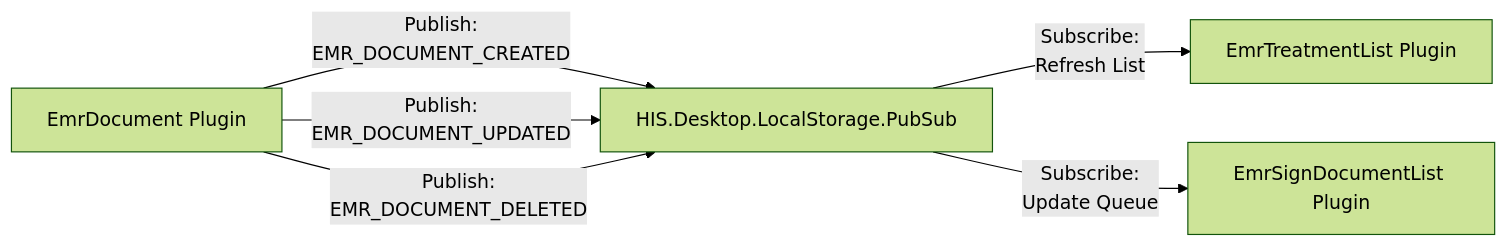
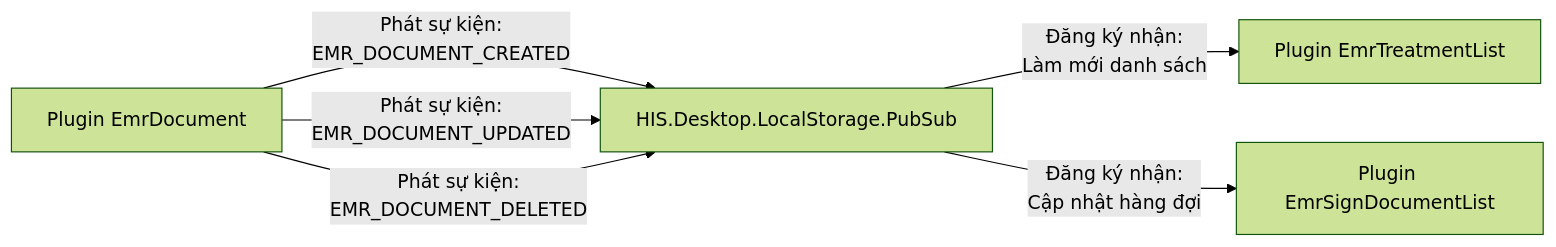
Before and after one commit to thangpnb/HIS: diagram 15 of 16 in docs/his-ba-documentation/03-business-domains/administration/access-control.md, drawn with Mermaid (forest theme). The commit also changed other lines of this file and 30 other files, not shown here.

Commit message:
Refactor architecture docs and update translations

````diff
--- a/docs/his-ba-documentation/03-business-domains/administration/access-control.md
+++ b/docs/his-ba-documentation/03-business-domains/administration/access-control.md
@@ -929,15 +926,15 @@
 ```mermaid
 graph LR
-    EmrDocument["EmrDocument Plugin"]
-    EmrTreatmentList["EmrTreatmentList Plugin"]
-    EmrSignDocList["EmrSignDocumentList Plugin"]
+    EmrDocument["Plugin EmrDocument"]
+    EmrTreatmentList["Plugin EmrTreatmentList"]
+    EmrSignDocList["Plugin EmrSignDocumentList"]
     
     PubSub["HIS.Desktop.LocalStorage.PubSub"]
     
-    EmrDocument -->|"Publish:<br/>EMR_DOCUMENT_CREATED"| PubSub
-    EmrDocument -->|"Publish:<br/>EMR_DOCUMENT_UPDATED"| PubSub
-    EmrDocument -->|"Publish:<br/>EMR_DOCUMENT_DELETED"| PubSub
+    EmrDocument -->|"Phát sự kiện:<br/>EMR_DOCUMENT_CREATED"| PubSub
+    EmrDocument -->|"Phát sự kiện:<br/>EMR_DOCUMENT_UPDATED"| PubSub
+    EmrDocument -->|"Phát sự kiện:<br/>EMR_DOCUMENT_DELETED"| PubSub
     
-    PubSub -->|"Subscribe:<br/>Refresh List"| EmrTreatmentList
-    PubSub -->|"Subscribe:<br/>Update Queue"| EmrSignDocList
+    PubSub -->|"Đăng ký nhận:<br/>Làm mới danh sách"| EmrTreatmentList
+    PubSub -->|"Đăng ký nhận:<br/>Cập nhật hàng đợi"| EmrSignDocList
 ```
````
